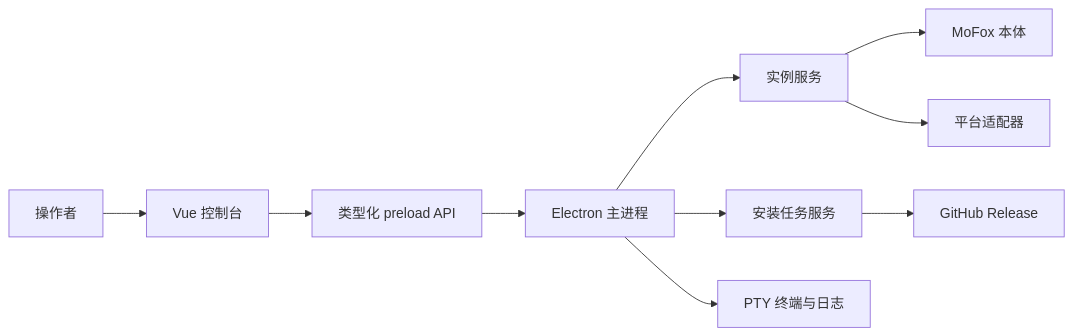
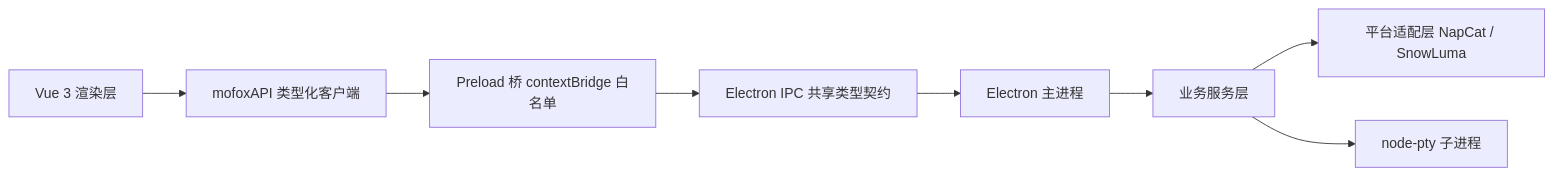
The diagram in README.md (MoFox-Studio/Neo-MoFox-Launcher-Next), drawn with Mermaid before and after one commit. The commit also changed other lines of this file and 73 other files, not shown here.

````diff
--- a/README.md
+++ b/README.md
@@ -69,12 +105,10 @@
 ```mermaid
 flowchart LR
-    User[操作者] --> UI[Vue 控制台]
-    UI --> Bridge[类型化 preload API]
-    Bridge --> Main[Electron 主进程]
-    Main --> Instance[实例服务]
-    Instance --> MoFox[MoFox 本体]
-    Instance --> Adapter[平台适配器]
-    Main --> Task[安装任务服务]
-    Task --> Release[GitHub Release]
-    Main --> PTY[PTY 终端与日志]
+    Renderer[Vue 3 渲染层] --> Api[mofoxAPI 类型化客户端]
+    Api --> Preload[Preload 桥 contextBridge 白名单]
+    Preload --> IPC[Electron IPC 共享类型契约]
+    IPC --> Main[Electron 主进程]
+    Main --> Services[业务服务层]
+    Services --> Platform[平台适配层 NapCat / SnowLuma]
+    Services --> PTY[node-pty 子进程]
 ```
````
